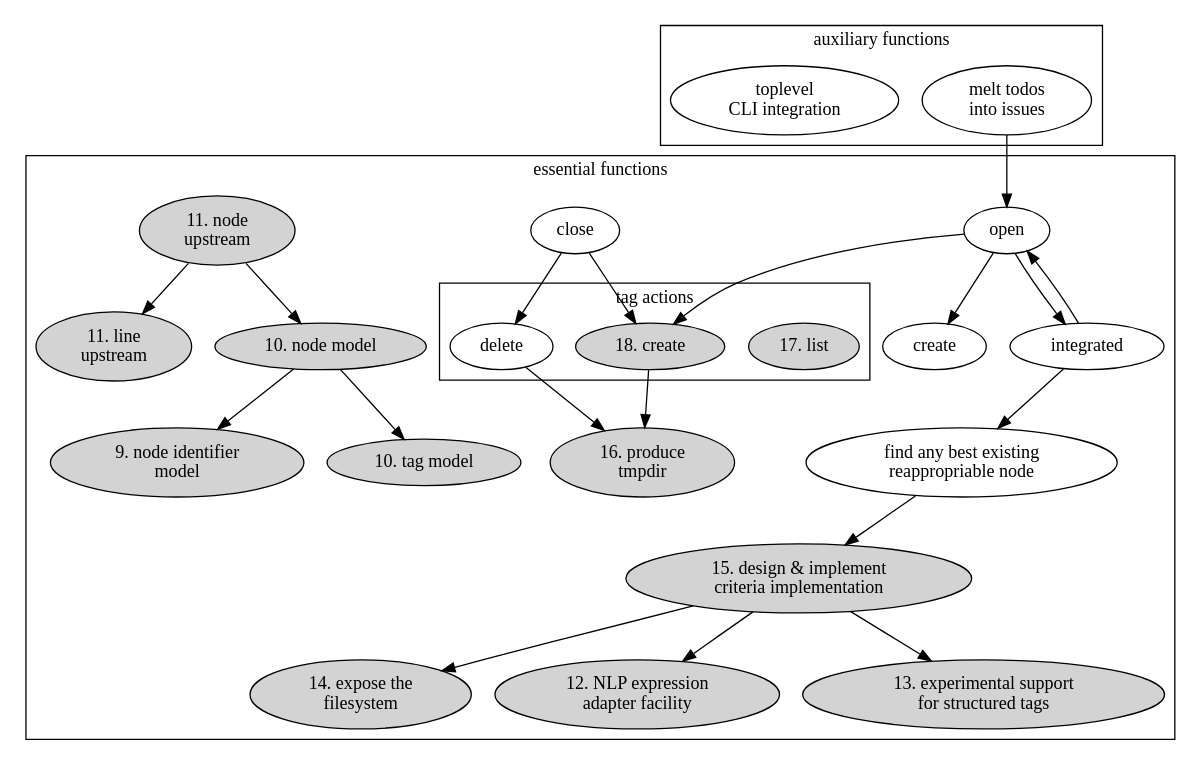
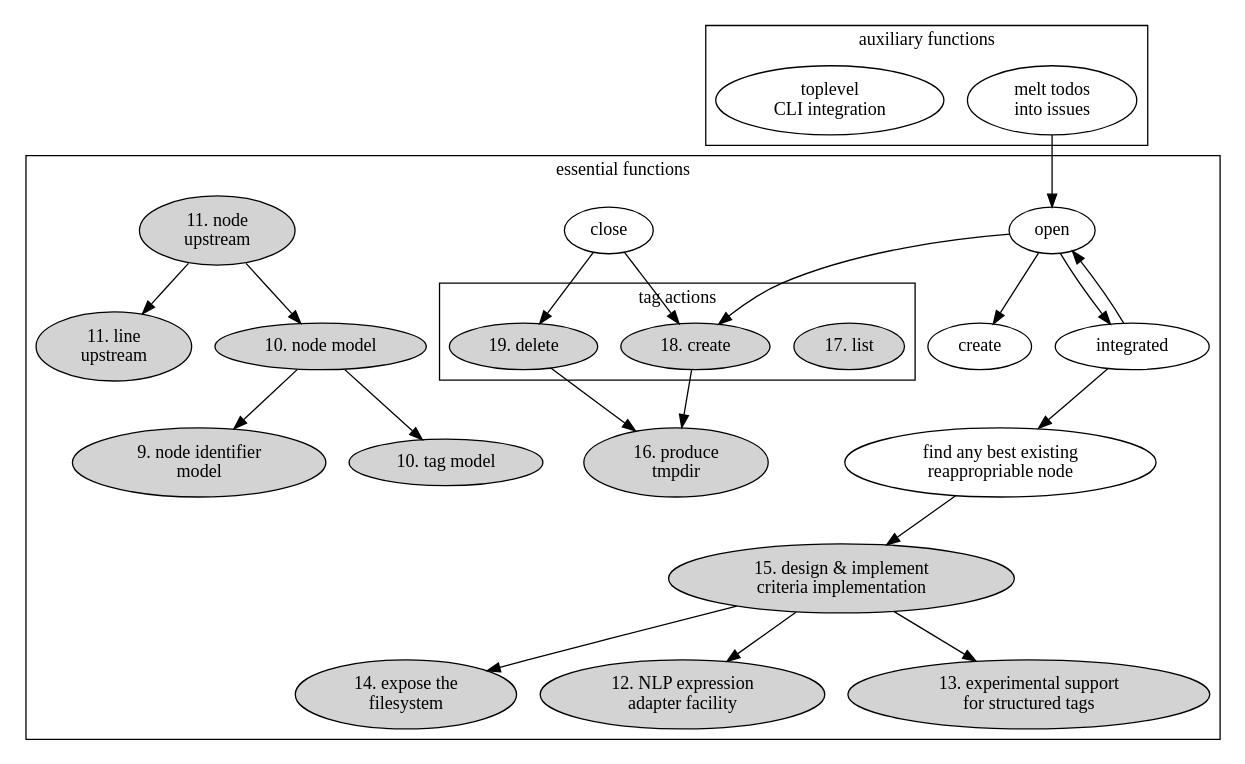
Before and after one commit to hipe/tmx: the diagram in lib/skylab/snag/doc/issues/038/component-digraph.dot, drawn with Graphviz. The commit also changed 13 other files, not shown here.

```diff
--- a/lib/skylab/snag/doc/issues/038/component-digraph.dot
+++ b/lib/skylab/snag/doc/issues/038/component-digraph.dot
@@ -1,65 +1,65 @@
 digraph {
 
 subgraph cluster_main {
 
   label="essential functions"
 
   subgraph cluster_tag_actions {
     label="tag actions"
     tl [label="17. list" style=filled]
     ta [label="18. create" style=filled]
-    tr [label="delete"]
+    tr [label="19. delete" style=filled]
   }
 
   aa [label="open" ]
   ca [label="close" ]
   de [label="15. design & implement\ncriteria implementation" style=filled]
   FS [label="14. expose the\nfilesystem" style=filled]
   line_upstream [label="11. line\nupstream" style=filled]
   NLP_experiment [label="12. NLP expression\nadapter facility" style=filled]
   node_identifier_model [label="9. node identifier\nmodel" style=filled]
   node_model [label="10. node model" style=filled]
   node_upstream [label="11. node\nupstream" style=filled]
   oaa [label="create"]
   rea [label="integrated" ]
   rea_actor [label="find any best existing\nreappropriable node" ]
   stru [label="13. experimental support\nfor structured tags" style=filled]
   tag_model [label="10. tag model" style=filled]
   tmpdir [label="16. produce\ntmpdir" style=filled]
 
   aa->rea
   aa->ta
 
   ca->tr
   ca->ta
 
   rea->aa
   aa->oaa
   rea->rea_actor
 
   rea_actor->de
   de->NLP_experiment
   de->FS
   de->stru
 
   node_upstream -> line_upstream
   node_upstream -> node_model
 
   node_model -> node_identifier_model
   node_model -> tag_model
 
   tr->tmpdir
   ta->tmpdir
 
 }
 
 
 subgraph cluster_after {
 
   label="auxiliary functions"
   melt [label="melt todos\ninto issues"]
   top_cli [label="toplevel\nCLI integration"]
 }
 
 melt->aa
 }
```
